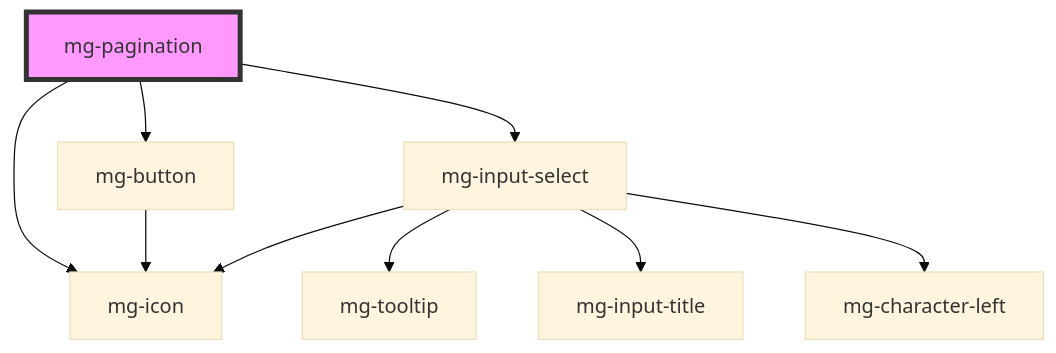
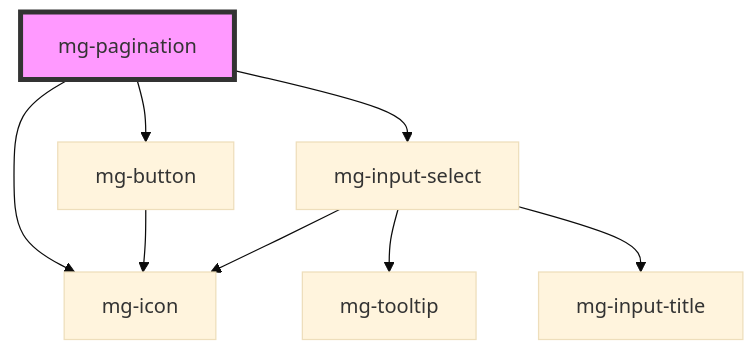
Before and after one commit to MGDIS/mg-components: the diagram in src/components/molecules/mg-pagination/readme.md, drawn with Mermaid (base theme). The commit also changed 97 other files, not shown here.

````diff
--- a/src/components/molecules/mg-pagination/readme.md
+++ b/src/components/molecules/mg-pagination/readme.md
@@ -38,12 +38,11 @@
 ```mermaid
 graph TD;
   mg-pagination --> mg-button
   mg-pagination --> mg-icon
   mg-pagination --> mg-input-select
   mg-button --> mg-icon
   mg-input-select --> mg-tooltip
   mg-input-select --> mg-icon
   mg-input-select --> mg-input-title
-  mg-input-select --> mg-character-left
   style mg-pagination fill:#f9f,stroke:#333,stroke-width:4px
 ```
````
